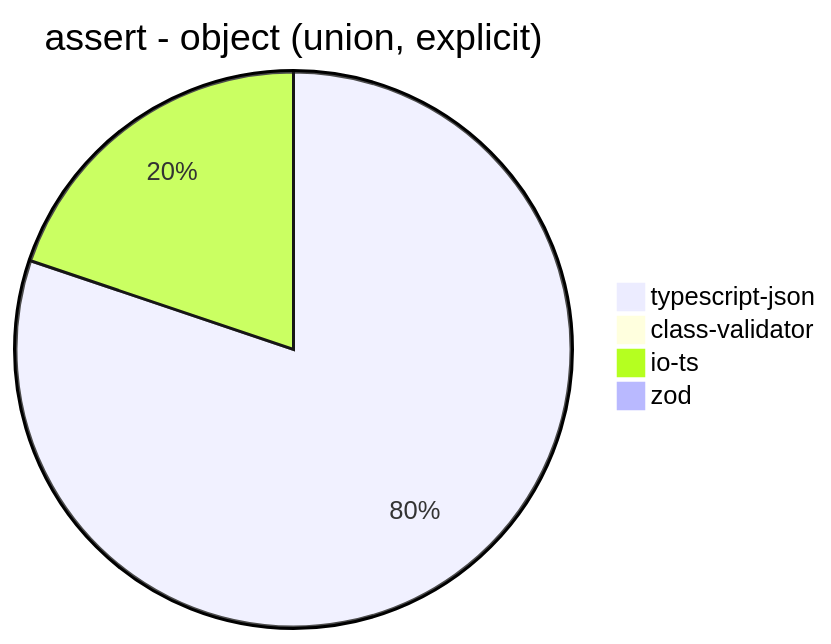
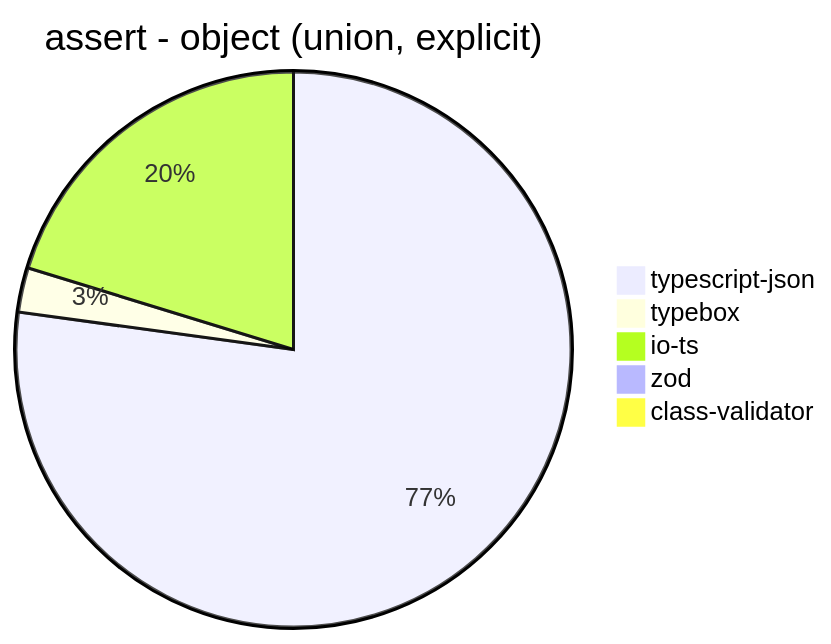
One commit to samchon/typia changed diagram 11 of 39 in benchmark/results/AMD Ryzen 9 5900HX with Radeon Graphics.md. Above: the diagram before and after it, drawn with Mermaid. The commit also changed other lines of this file and 7 other files, not shown here.

````diff
--- a/benchmark/results/AMD Ryzen 9 5900HX with Radeon Graphics.md
+++ b/benchmark/results/AMD Ryzen 9 5900HX with Radeon Graphics.md
@@ -136,7 +146,8 @@
 ```mermaid
 pie title assert - object (union, explicit)
-  "typescript-json": 5469.229380978162
-  "class-validator": 18.613138686131386
-  "io-ts": 1351.7651296829972
-  "zod": 37.735849056603776
+  "typescript-json": 5319.01728844404
+  "typebox": 178.69241192411926
+  "io-ts": 1396.3794078823307
+  "zod": 36.333456289192185
+  "class-validator": 17.934782608695652
 ```
````
